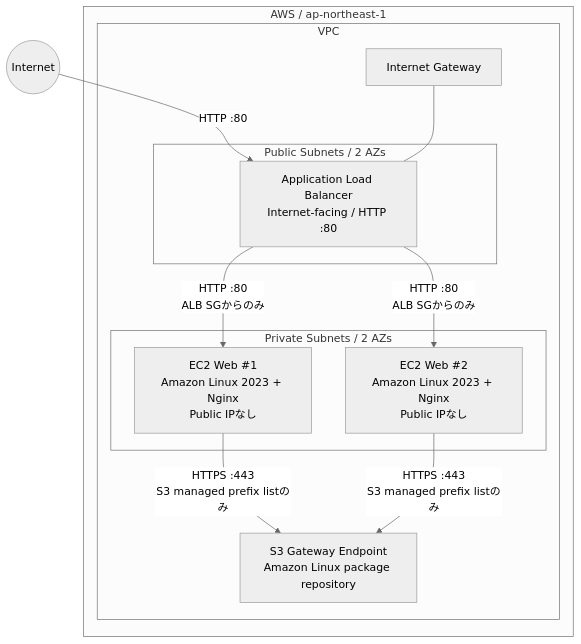
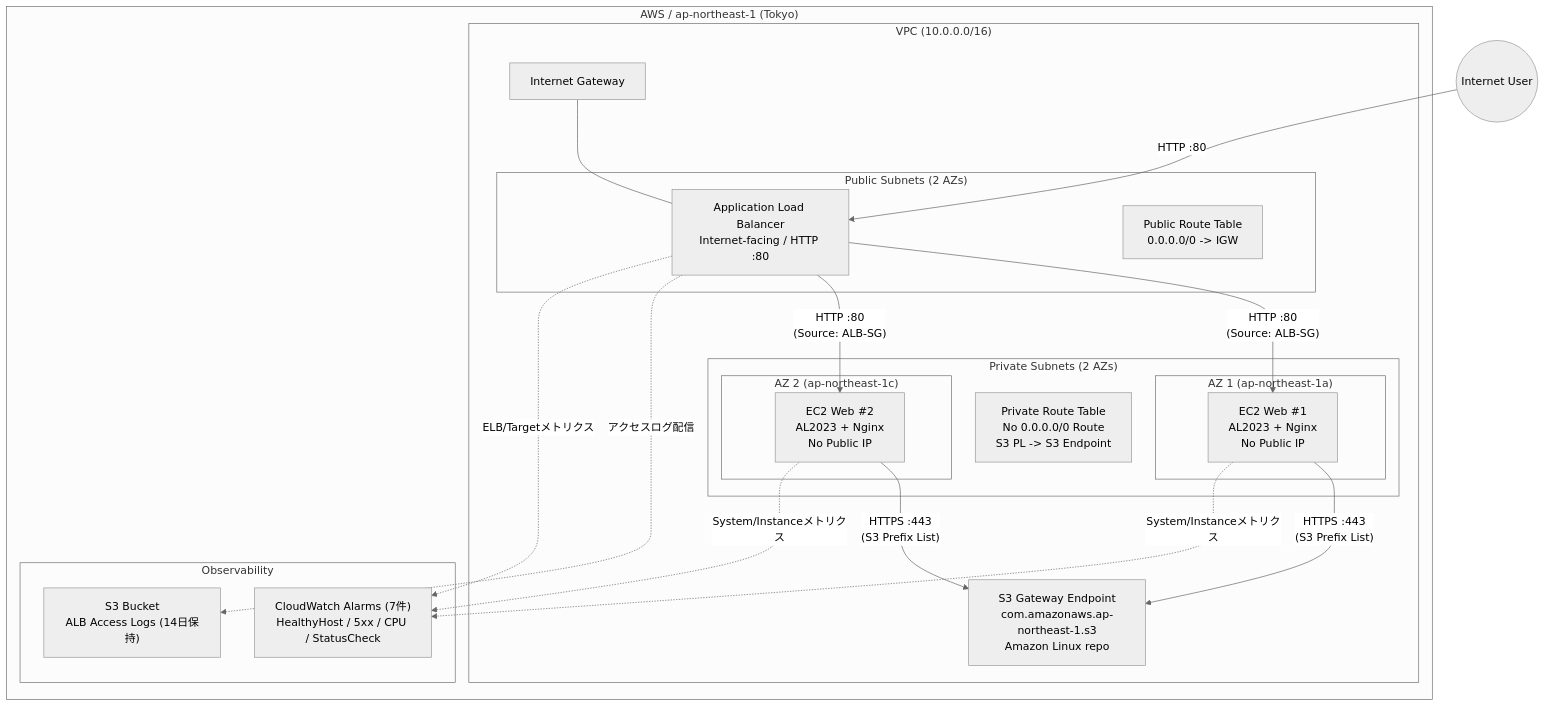
One commit to moruku36/aws-ai-terraform-validation changed the diagram in docs/02-architecture.md. Above: the diagram before and after it, drawn with Mermaid (neutral theme). The commit also changed other lines of this file and 4 other files, not shown here.

Commit message:
docs: 構成図・シーケンス図・定量評価チャート等の視覚的ドキュメントを追加

````diff
--- a/docs/02-architecture.md
+++ b/docs/02-architecture.md
@@ -5,28 +7,44 @@
 ```mermaid
 flowchart TB
-    Internet((Internet))
+    Internet((Internet User))
 
-    subgraph AWS["AWS / ap-northeast-1"]
-        subgraph VPC["VPC"]
+    subgraph AWS["AWS / ap-northeast-1 (Tokyo)"]
+        subgraph VPC["VPC (10.0.0.0/16)"]
             IGW["Internet Gateway"]
 
-            subgraph Public["Public Subnets / 2 AZs"]
-                ALB["Application Load Balancer\nInternet-facing / HTTP :80"]
+            subgraph Public["Public Subnets (2 AZs)"]
+                ALB["Application Load Balancer<br/>Internet-facing / HTTP :80"]
+                RT_Pub["Public Route Table<br/>0.0.0.0/0 -> IGW"]
             end
 
-            subgraph Private["Private Subnets / 2 AZs"]
-                EC2A["EC2 Web #1\nAmazon Linux 2023 + Nginx\nPublic IPなし"]
-                EC2B["EC2 Web #2\nAmazon Linux 2023 + Nginx\nPublic IPなし"]
+            subgraph Private["Private Subnets (2 AZs)"]
+                subgraph AZ_1["AZ 1 (ap-northeast-1a)"]
+                    EC2A["EC2 Web #1<br/>AL2023 + Nginx<br/>No Public IP"]
+                end
+                subgraph AZ_2["AZ 2 (ap-northeast-1c)"]
+                    EC2B["EC2 Web #2<br/>AL2023 + Nginx<br/>No Public IP"]
+                end
+                RT_Priv["Private Route Table<br/>No 0.0.0.0/0 Route<br/>S3 PL -> S3 Endpoint"]
             end
 
-            S3EP["S3 Gateway Endpoint\nAmazon Linux package repository"]
+            S3EP["S3 Gateway Endpoint<br/>com.amazonaws.ap-northeast-1.s3<br/>Amazon Linux repo"]
+        end
+
+        subgraph Monitoring["Observability"]
+            CW["CloudWatch Alarms (7件)<br/>HealthyHost / 5xx / CPU / StatusCheck"]
+            S3Log["S3 Bucket<br/>ALB Access Logs (14日保持)"]
         end
     end
 
     Internet -->|"HTTP :80"| ALB
     IGW --- ALB
-    ALB -->|"HTTP :80\nALB SGからのみ"| EC2A
-    ALB -->|"HTTP :80\nALB SGからのみ"| EC2B
-    EC2A -->|"HTTPS :443\nS3 managed prefix listのみ"| S3EP
-    EC2B -->|"HTTPS :443\nS3 managed prefix listのみ"| S3EP
+    ALB -->|"HTTP :80<br/>(Source: ALB-SG)"| EC2A
+    ALB -->|"HTTP :80<br/>(Source: ALB-SG)"| EC2B
+    EC2A -->|"HTTPS :443<br/>(S3 Prefix List)"| S3EP
+    EC2B -->|"HTTPS :443<br/>(S3 Prefix List)"| S3EP
+
+    ALB -. "アクセスログ配信" .-> S3Log
+    ALB -. "ELB/Targetメトリクス" .-> CW
+    EC2A -. "System/Instanceメトリクス" .-> CW
+    EC2B -. "System/Instanceメトリクス" .-> CW
 ```
````
